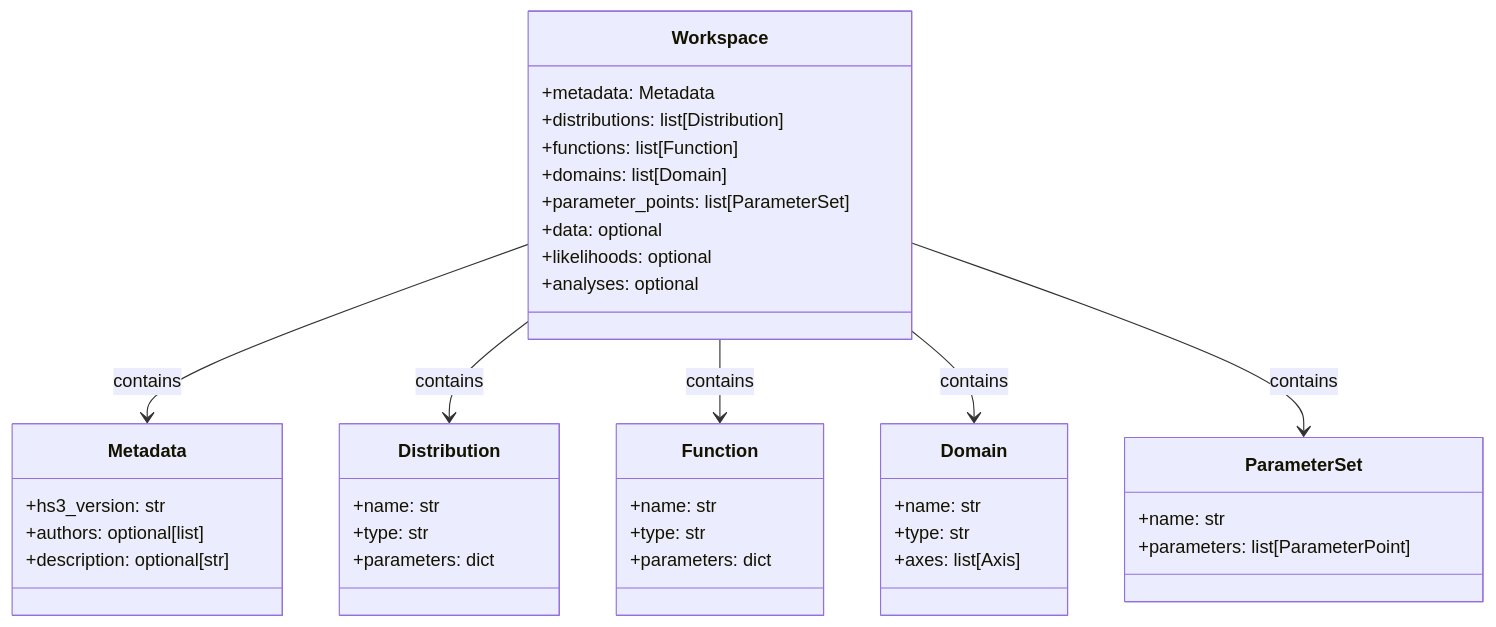
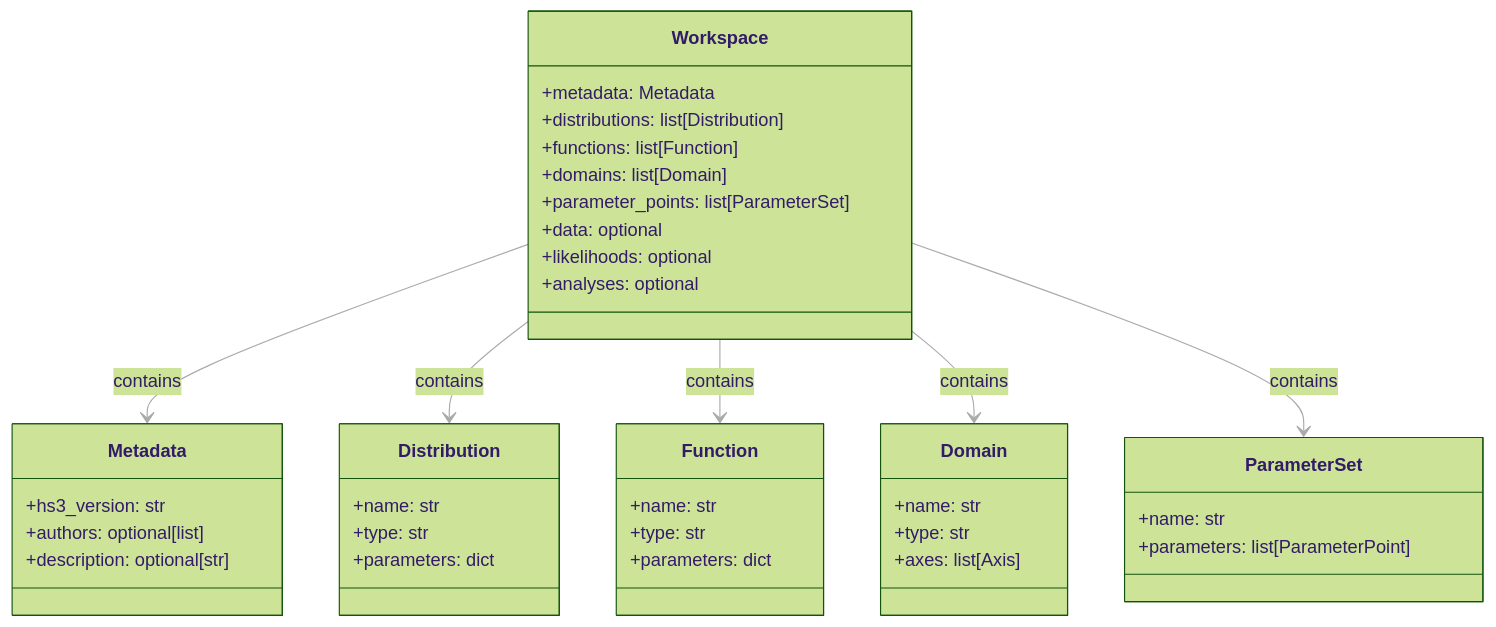
Before and after one commit to scipp-atlas/pyhs3: the diagram in docs/workspace.rst, drawn with Mermaid. The commit also changed 1 other file, not shown here.

Commit message:
fix mermaid coloring

```diff
--- a/docs/workspace.rst
+++ b/docs/workspace.rst
@@ -147,48 +147,59 @@
 .. mermaid::
+   :config: {"theme": "forest", "darkMode": "true"}
+
+   %%{
+     init: {
+       'theme': 'forest',
+       'themeVariables': {
+         'primaryColor': '#fefefe',
+         'lineColor': '#aaa'
+       }
+     }
+   }%%
 
    classDiagram
        class Workspace {
            +metadata: Metadata
            +distributions: list[Distribution]
            +functions: list[Function]
            +domains: list[Domain]
            +parameter_points: list[ParameterSet]
            +data: optional
            +likelihoods: optional
            +analyses: optional
        }
 
        class Metadata {
            +hs3_version: str
            +authors: optional[list]
            +description: optional[str]
        }
 
        class Distribution {
            +name: str
            +type: str
            +parameters: dict
        }
 
        class Function {
            +name: str
            +type: str
            +parameters: dict
        }
 
        class Domain {
            +name: str
            +type: str
            +axes: list[Axis]
        }
 
        class ParameterSet {
            +name: str
            +parameters: list[ParameterPoint]
        }
 
        Workspace --> Metadata : contains
        Workspace --> Distribution : contains
        Workspace --> Function : contains
        Workspace --> Domain : contains
        Workspace --> ParameterSet : contains
```
